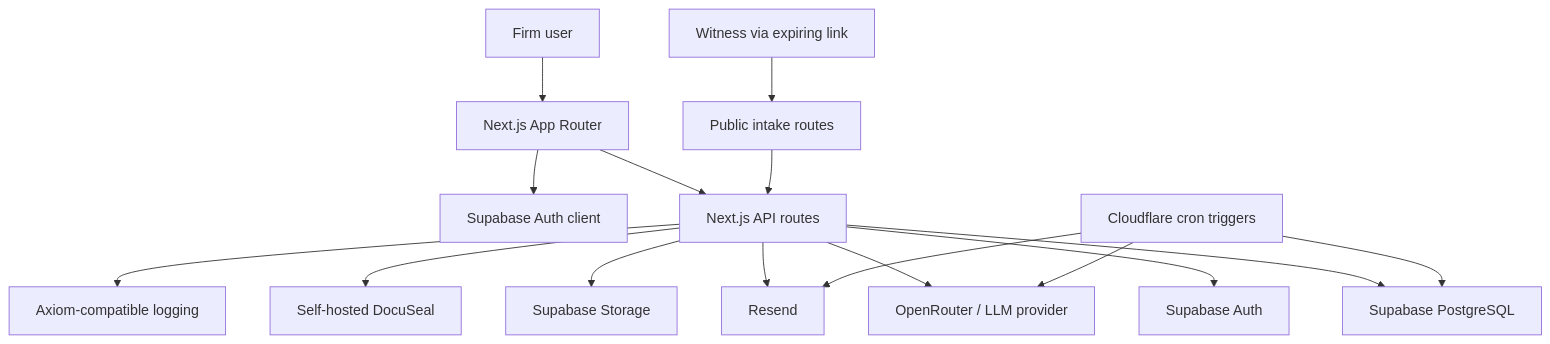
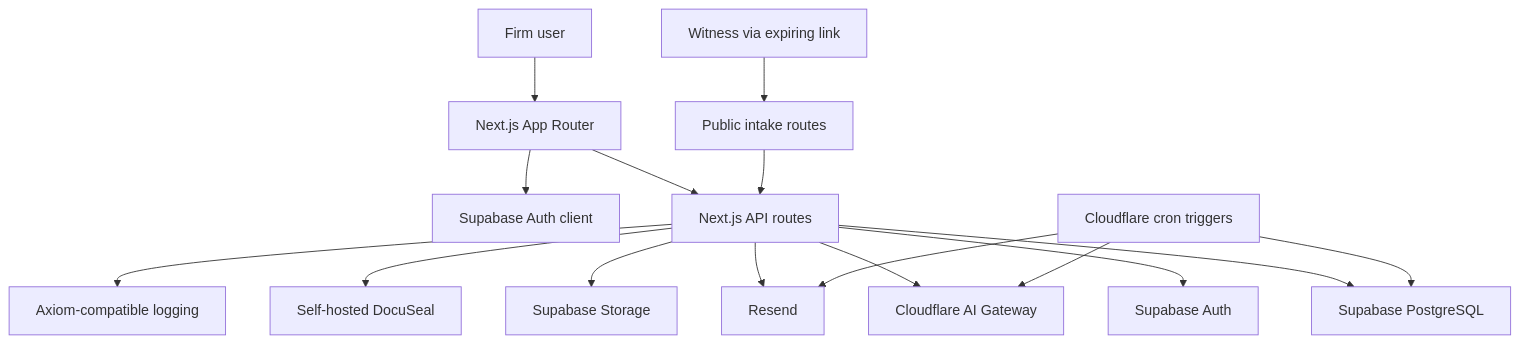
The diagram in README.md (uzair223/casey), drawn with Mermaid before and after one commit. The commit also changed other lines of this file and 61 other files, not shown here.

````diff
--- a/README.md
+++ b/README.md
@@ -23,18 +23,18 @@
 ```mermaid
 flowchart TD
 		FirmUser["Firm user"] --> NextApp["Next.js App Router"]
 		Witness["Witness via expiring link"] --> Intake["Public intake routes"]
 		NextApp --> ClientAuth["Supabase Auth client"]
 		NextApp --> Api["Next.js API routes"]
 		Intake --> Api
 		Api --> Auth["Supabase Auth"]
 		Api --> Database["Supabase PostgreSQL"]
 		Api --> Storage["Supabase Storage"]
-		Api --> AI["OpenRouter / LLM provider"]
+		Api --> AI["Cloudflare AI Gateway"]
 		Api --> Email["Resend"]
 		Api --> Signing["Self-hosted DocuSeal"]
 		Api --> Logging["Axiom-compatible logging"]
 		Workers["Cloudflare cron triggers"] --> Database
 		Workers --> AI
 		Workers --> Email
 ```
````
